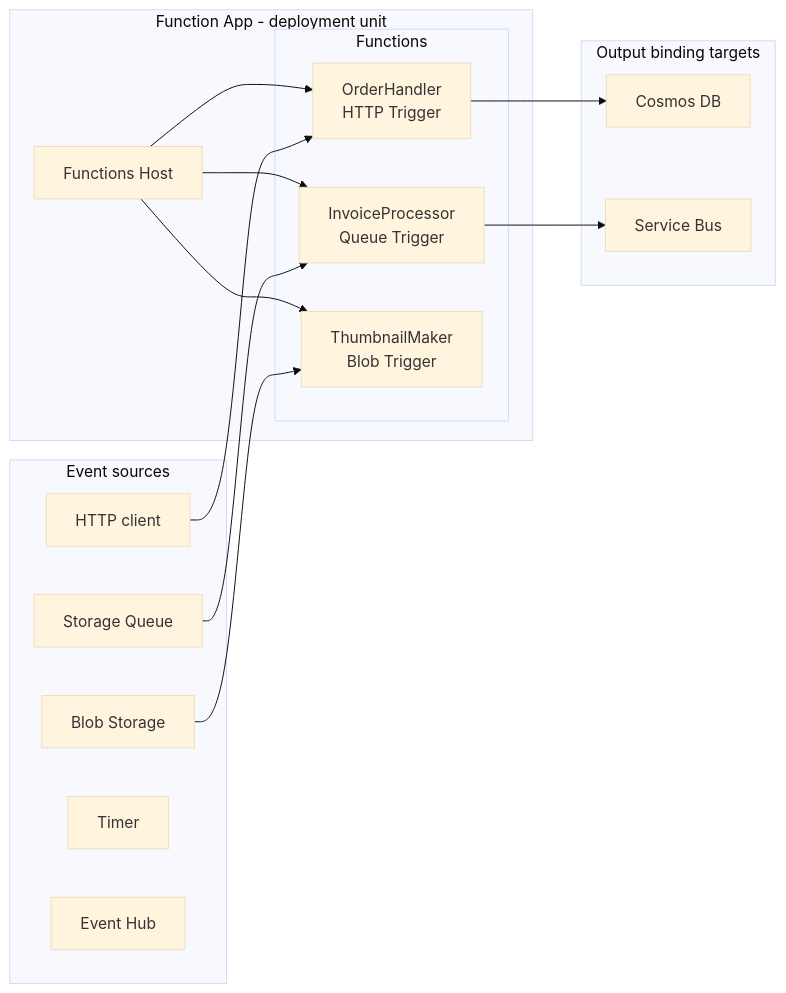
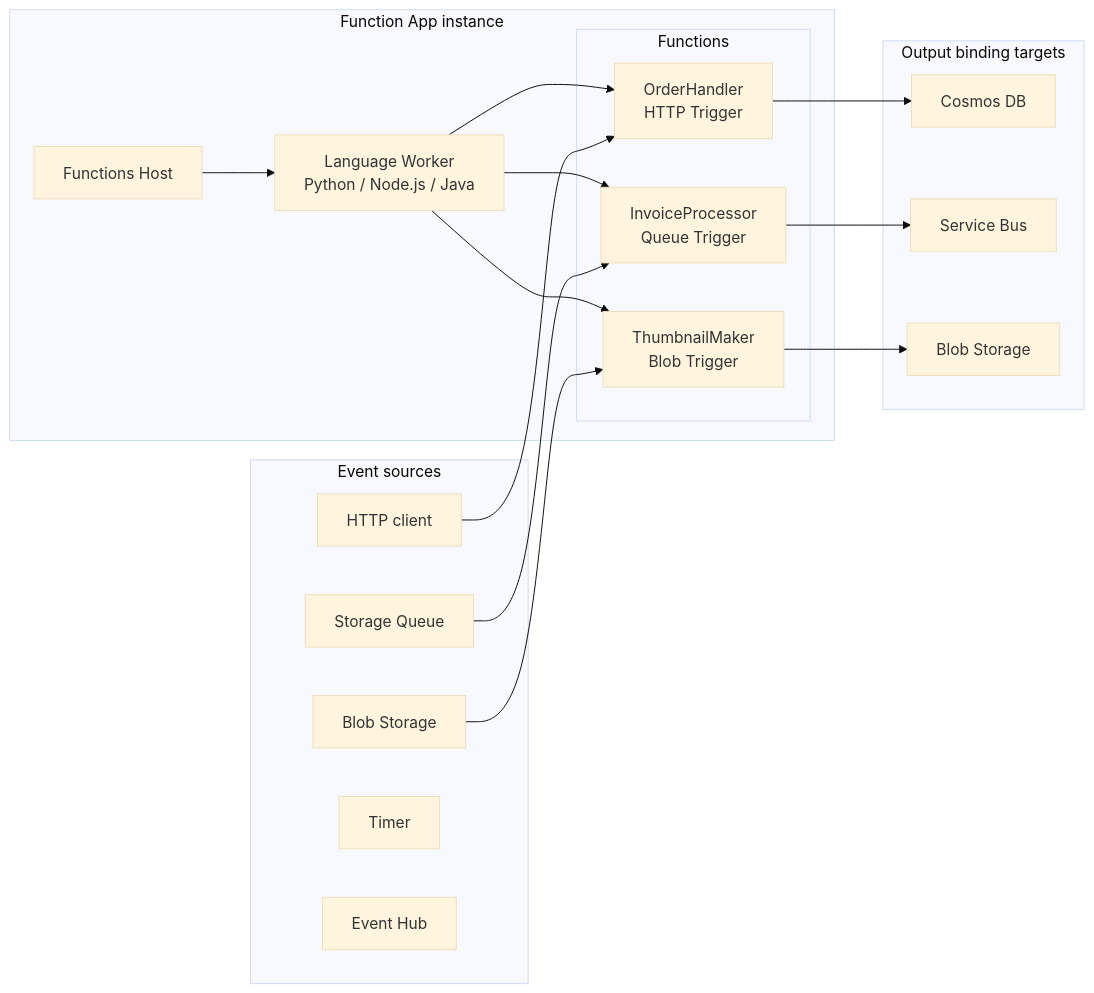
The third of 3 diagrams in azure-functions-101/en/01-what-is-azure-functions.md (yeongseon-books/book-content), drawn with Mermaid (base theme) before and after one commit. The commit also changed other lines of this file and 42 other files, not shown here.

First line of the commit message:
fix: 오라클 리뷰 반영 — Functions 101/Deep Dive 사실관계·톤·다이어그램 정리, App Service 101 ko/en 재구조화

````diff
--- a/azure-functions-101/en/01-what-is-azure-functions.md
+++ b/azure-functions-101/en/01-what-is-azure-functions.md
@@ -118,33 +118,37 @@
 ```mermaid
 flowchart LR
     subgraph Sources [Event sources]
         S1[HTTP client]
         S2[Storage Queue]
         S3[Blob Storage]
         S4[Timer]
         S5[Event Hub]
     end
 
-    subgraph FunctionApp [Function App - deployment unit]
+    subgraph FunctionApp [Function App instance]
         Host[Functions Host]
+        Worker[Language Worker<br/>Python / Node.js / Java]
         subgraph Funcs [Functions]
             F1[OrderHandler<br/>HTTP Trigger]
             F2[InvoiceProcessor<br/>Queue Trigger]
             F3[ThumbnailMaker<br/>Blob Trigger]
         end
-        Host --> F1
-        Host --> F2
-        Host --> F3
+        Host --> Worker
+        Worker --> F1
+        Worker --> F2
+        Worker --> F3
     end
 
     subgraph Outputs [Output binding targets]
         O1[Cosmos DB]
         O2[Service Bus]
+        O3[Blob Storage]
     end
 
     S1 --> F1
     S2 --> F2
     S3 --> F3
     F1 --> O1
     F2 --> O2
+    F3 --> O3
 ```
````
